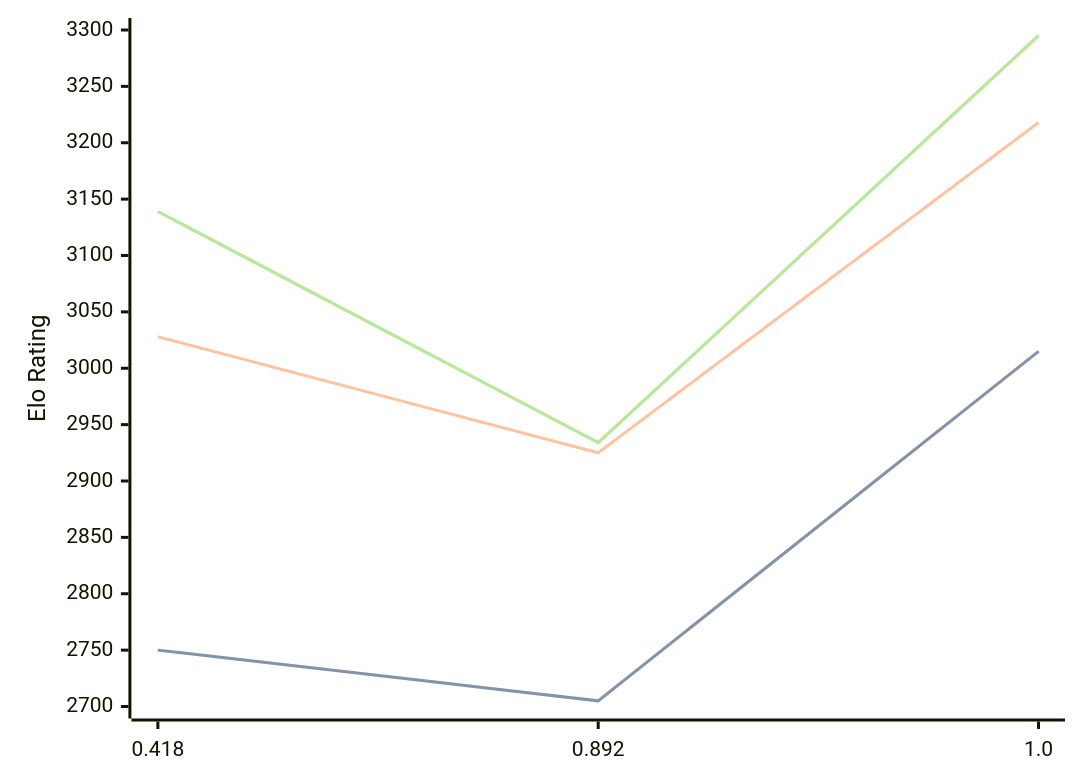
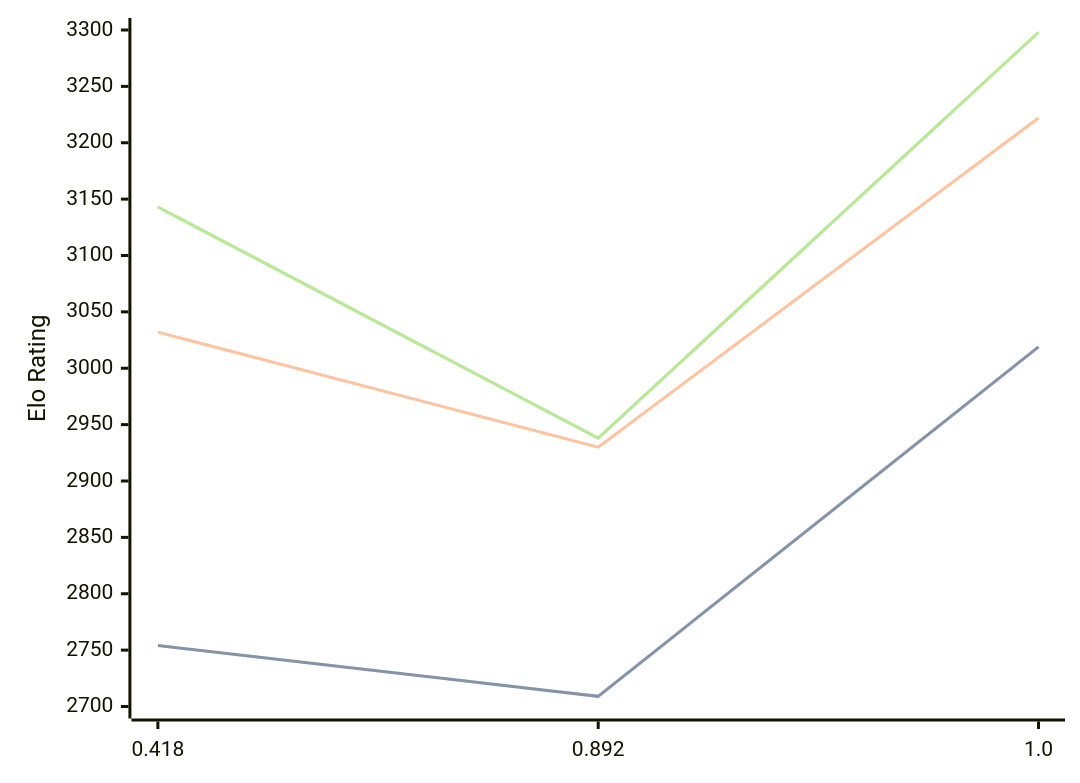
One commit to computer-chess-index/cci changed the diagram in engines/Malika.md. Above: the diagram before and after it, drawn with Mermaid. The commit also changed other lines of this file, not shown here.

Commit message:
Update CCI Ratings (ELO VLTC) - 2026-04-30

````diff
--- a/engines/Malika.md
+++ b/engines/Malika.md
@@ -33,11 +33,11 @@
 ```mermaid
 %%{init: {"theme":"base","themeVariables":{"seriesColors:['#a3a3a3','#222221','#faa371']}}}%%
 xychart-beta
   x-axis ["0.418", "0.892", "1.0"]
   y-axis "Elo Rating" 2700 --> 3300
-  line "STC (8.0+0.08s)" [2750, 2705, 3015]
-  line "STC (8.0+0.08s)" [2750, 2705, 3015]
-  line "LTC (60.0+0.60s)" [3028, 2925, 3218]
-  line "VLTC (2m24s+1.12s)" [3139, 2934, 3295]
-  line "VLTC (2m24s+1.12s)" [3139, 2934, 3295]
+  line "STC (8.0+0.08s)" [2754, 2709, 3019]
+  line "STC (8.0+0.08s)" [2754, 2709, 3019]
+  line "LTC (60.0+0.60s)" [3032, 2930, 3222]
+  line "VLTC (2m24s+1.12s)" [3143, 2938, 3298]
+  line "VLTC (2m24s+1.12s)" [3143, 2938, 3298]
 ```
````
